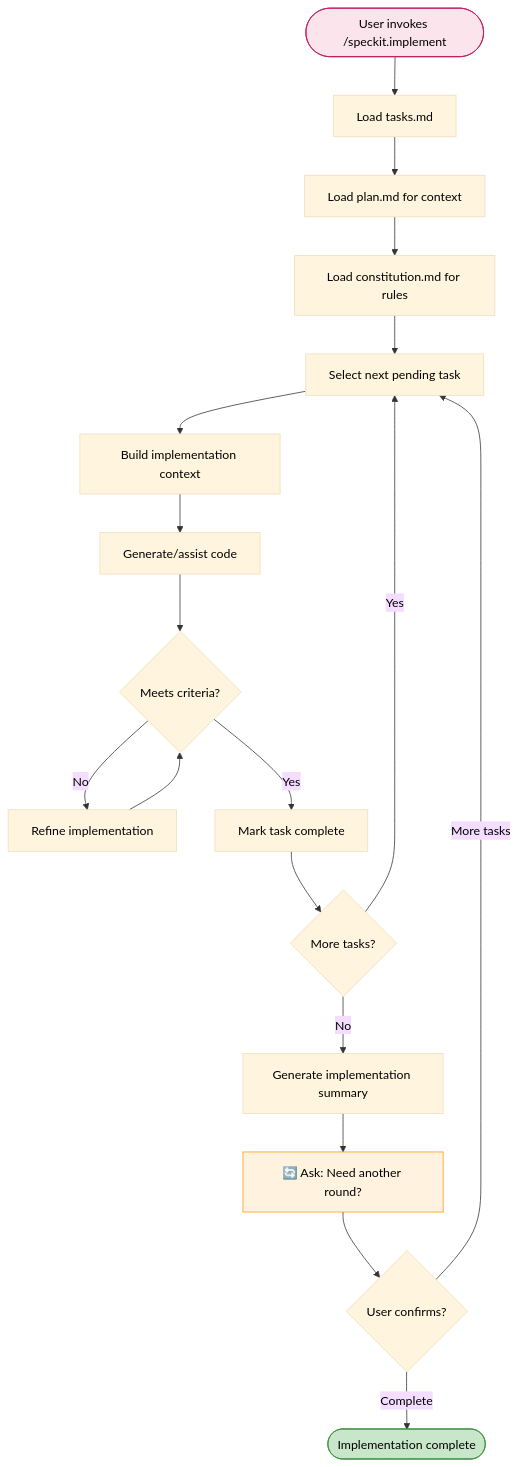
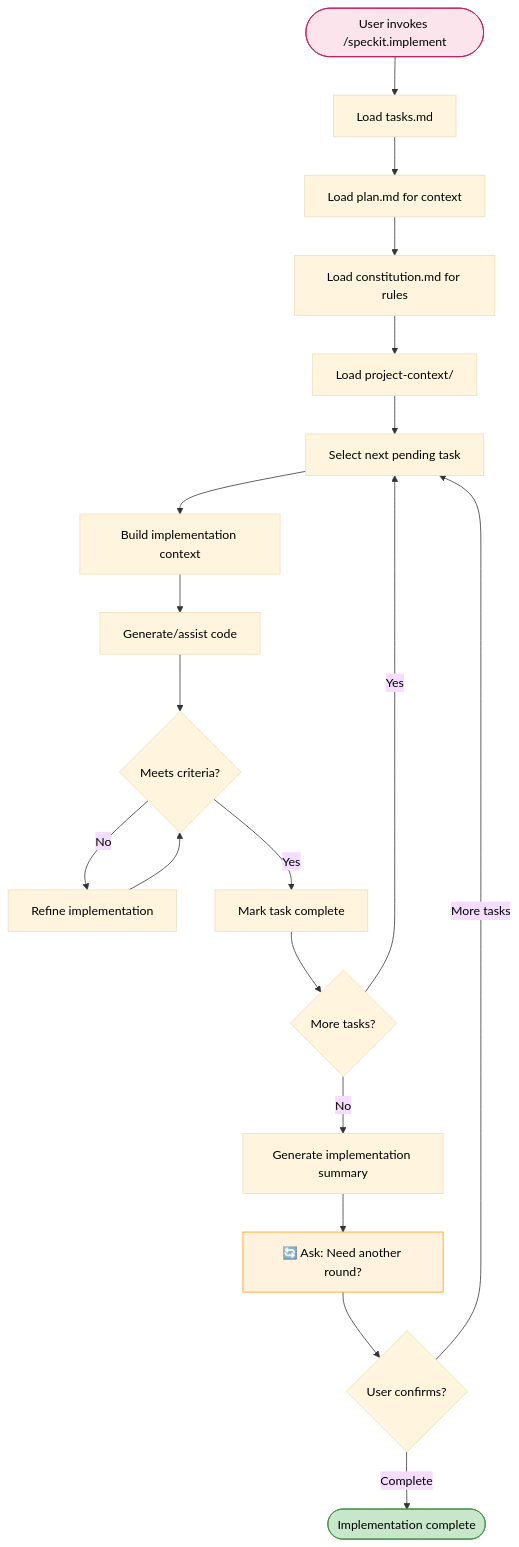
One commit to Trindade11/Teste changed the tenth of 13 diagrams in .specify/docs/flows/command-flow.md. Above: the diagram before and after it, drawn with Mermaid. The commit also changed other lines of this file and 25 other files, not shown here.

````diff
--- a/.specify/docs/flows/command-flow.md
+++ b/.specify/docs/flows/command-flow.md
@@ -313,36 +364,38 @@
 ```mermaid
 %%{init: {'theme': 'base', 'themeVariables': { 'primaryTextColor': '#000', 'secondaryTextColor': '#000', 'tertiaryTextColor': '#000', 'lineColor': '#333'}}}%%
 flowchart TD
     Start([User invokes /speckit.implement]) --> LoadTasks[Load tasks.md]
     
     LoadTasks --> LoadPlan[Load plan.md for context]
     
     LoadPlan --> LoadConst[Load constitution.md for rules]
     
-    LoadConst --> Select[Select next pending task]
+    LoadConst --> LoadContext[Load project-context/]
+    
+    LoadContext --> Select[Select next pending task]
     
     Select --> Context[Build implementation context]
     
     Context --> Generate[Generate/assist code]
     
     Generate --> Validate{Meets criteria?}
     
     Validate -->|No| Refine[Refine implementation]
     Refine --> Validate
     
     Validate -->|Yes| MarkDone[Mark task complete]
     
     MarkDone --> More{More tasks?}
     
     More -->|Yes| Select
     More -->|No| Summary[Generate implementation summary]
     
     Summary --> AskRound["🔄 Ask: Need another round?"]
     AskRound --> UserCheck{User confirms?}
     UserCheck -->|More tasks| Select
     UserCheck -->|Complete| Done([Implementation complete])
     
     style Start fill:#fce4ec,stroke:#c2185b,color:#000
     style Done fill:#c8e6c9,stroke:#388e3c,color:#000
     style AskRound fill:#fff3e0,stroke:#ff9800,color:#000
 ```
````
